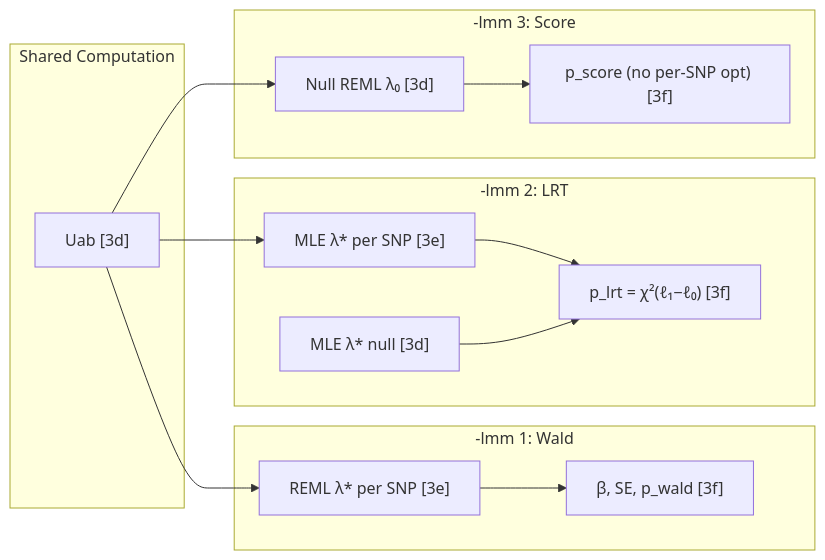
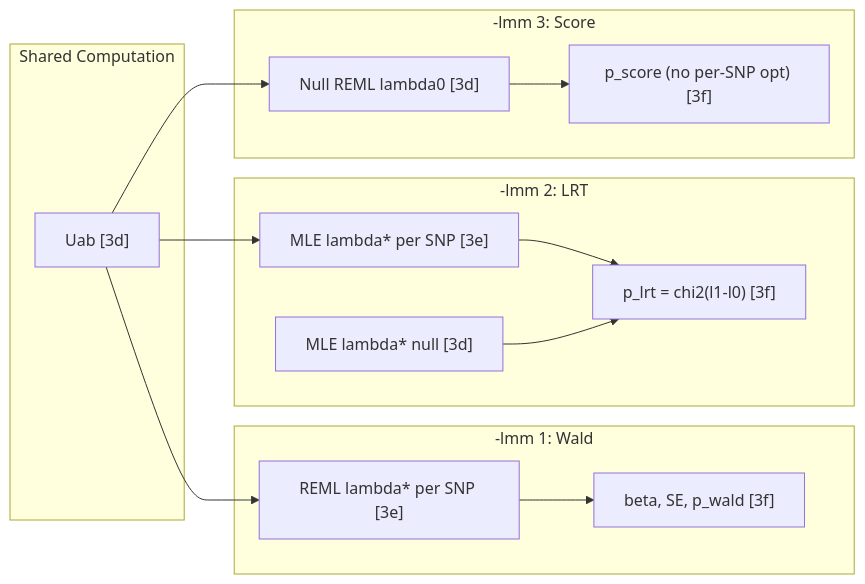
The third of 5 diagrams in docs/CODEMAP.md (michael-denyer/jamma), drawn with Mermaid before and after one commit. The commit also changed other lines of this file and 136 other files, not shown here.

First line of the commit message:
refactor: strip JAX and own-BLAS, simplify to NumPy-only architecture

````diff
--- a/docs/CODEMAP.md
+++ b/docs/CODEMAP.md
@@ -373,27 +316,27 @@
 ```mermaid
 flowchart LR
     subgraph Input["Shared Computation"]
         UAB["Uab [3d]"]
     end
 
     subgraph Wald["-lmm 1: Wald"]
-        REML1["REML λ* per SNP [3e]"]
-        W1["β, SE, p_wald [3f]"]
+        REML1["REML lambda* per SNP [3e]"]
+        W1["beta, SE, p_wald [3f]"]
     end
 
     subgraph LRT["-lmm 2: LRT"]
-        MLE1["MLE λ* per SNP [3e]"]
-        MLE0["MLE λ* null [3d]"]
-        L1["p_lrt = χ²(ℓ₁−ℓ₀) [3f]"]
+        MLE1["MLE lambda* per SNP [3e]"]
+        MLE0["MLE lambda* null [3d]"]
+        L1["p_lrt = chi2(l1-l0) [3f]"]
     end
 
     subgraph Score["-lmm 3: Score"]
-        NULL["Null REML λ₀ [3d]"]
+        NULL["Null REML lambda0 [3d]"]
         SC["p_score (no per-SNP opt) [3f]"]
     end
 
     UAB --> REML1 --> W1
     UAB --> MLE1 --> L1
     MLE0 --> L1
     UAB --> NULL --> SC
 ```
````
